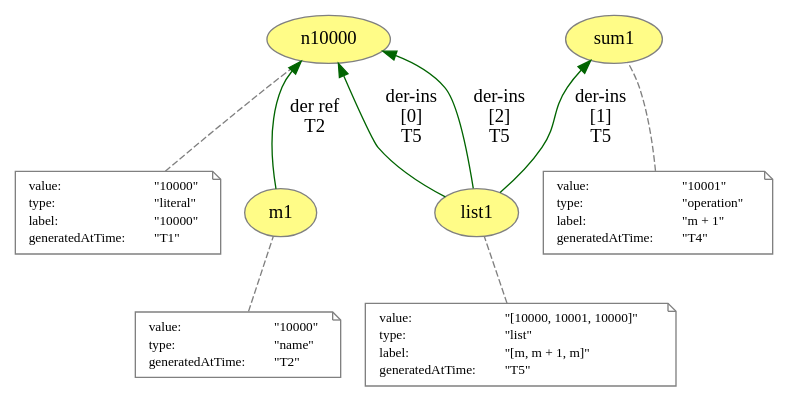
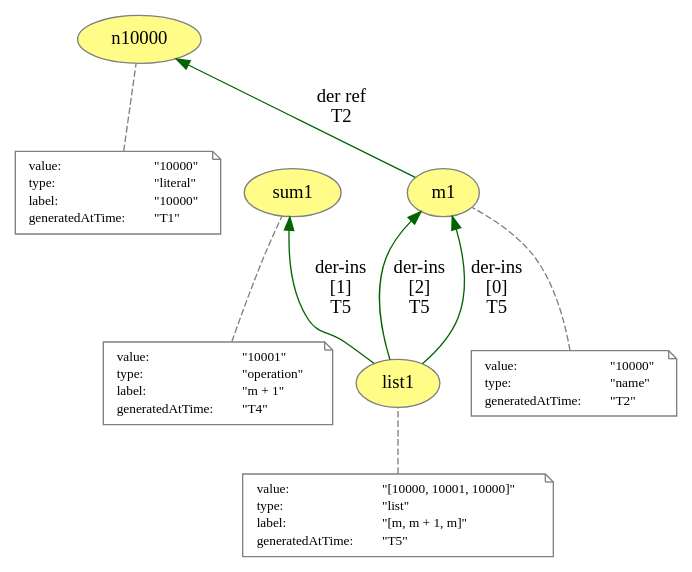
Before and after one commit to dew-uff/versioned-prov: the diagram in versioned_prov/list.dot, drawn with Graphviz. The commit also changed 47 other files, not shown here.

```diff
--- a/versioned_prov/list.dot
+++ b/versioned_prov/list.dot
@@ -1,89 +1,89 @@
 digraph "PROV" { size="16,12"; rankdir="BT";
 "http://example.org/n10000" [fillcolor="#FFFC87",color="#808080",style="filled",label="n10000",URL="http://example.org/n10000"]
 "-attrs0" [color="gray",shape="note",fontsize="10",fontcolor="black",label=<<TABLE cellpadding="0" border="0">
 	<TR>
 	    <TD align="left">value:</TD>
 	    <TD align="left">&quot;10000&quot;</TD>
 	</TR>
 	<TR>
 	    <TD align="left">type:</TD>
 	    <TD align="left">&quot;literal&quot;</TD>
 	</TR>
 	<TR>
 	    <TD align="left">label:</TD>
 	    <TD align="left">&quot;10000&quot;</TD>
 	</TR>
 	<TR>
 	    <TD align="left">generatedAtTime:</TD>
 	    <TD align="left">&quot;T1&quot;</TD>
 	</TR>
 </TABLE>>]
 "-attrs0" -> "http://example.org/n10000" [color="gray",style="dashed",arrowhead="none"]
 "http://example.org/m1" [fillcolor="#FFFC87",color="#808080",style="filled",label="m1",URL="http://example.org/m1"]
 "-attrs1" [color="gray",shape="note",fontsize="10",fontcolor="black",label=<<TABLE cellpadding="0" border="0">
 	<TR>
 	    <TD align="left">value:</TD>
 	    <TD align="left">&quot;10000&quot;</TD>
 	</TR>
 	<TR>
 	    <TD align="left">type:</TD>
 	    <TD align="left">&quot;name&quot;</TD>
 	</TR>
 	<TR>
 	    <TD align="left">generatedAtTime:</TD>
 	    <TD align="left">&quot;T2&quot;</TD>
 	</TR>
 </TABLE>>]
 "-attrs1" -> "http://example.org/m1" [color="gray",style="dashed",arrowhead="none"]
 "http://example.org/m1" -> "http://example.org/n10000" [labelfontsize="8",labeldistance="1.5",color="darkgreen",labelangle="60.0",rotation="20",label="der ref
 T2"]
 "http://example.org/sum1" [fillcolor="#FFFC87",color="#808080",style="filled",label="sum1",URL="http://example.org/sum1"]
 "-attrs2" [color="gray",shape="note",fontsize="10",fontcolor="black",label=<<TABLE cellpadding="0" border="0">
 	<TR>
 	    <TD align="left">value:</TD>
 	    <TD align="left">&quot;10001&quot;</TD>
 	</TR>
 	<TR>
 	    <TD align="left">type:</TD>
 	    <TD align="left">&quot;operation&quot;</TD>
 	</TR>
 	<TR>
 	    <TD align="left">label:</TD>
 	    <TD align="left">&quot;m + 1&quot;</TD>
 	</TR>
 	<TR>
 	    <TD align="left">generatedAtTime:</TD>
 	    <TD align="left">&quot;T4&quot;</TD>
 	</TR>
 </TABLE>>]
 "-attrs2" -> "http://example.org/sum1" [color="gray",style="dashed",arrowhead="none"]
 "http://example.org/list1" [fillcolor="#FFFC87",color="#808080",style="filled",label="list1",URL="http://example.org/list1"]
 "-attrs3" [color="gray",shape="note",fontsize="10",fontcolor="black",label=<<TABLE cellpadding="0" border="0">
 	<TR>
 	    <TD align="left">value:</TD>
 	    <TD align="left">&quot;[10000, 10001, 10000]&quot;</TD>
 	</TR>
 	<TR>
 	    <TD align="left">type:</TD>
 	    <TD align="left">&quot;list&quot;</TD>
 	</TR>
 	<TR>
 	    <TD align="left">label:</TD>
 	    <TD align="left">&quot;[m, m + 1, m]&quot;</TD>
 	</TR>
 	<TR>
 	    <TD align="left">generatedAtTime:</TD>
 	    <TD align="left">&quot;T5&quot;</TD>
 	</TR>
 </TABLE>>]
 "-attrs3" -> "http://example.org/list1" [color="gray",style="dashed",arrowhead="none"]
-"http://example.org/list1" -> "http://example.org/n10000" [labelfontsize="8",labeldistance="1.5",color="darkgreen",labelangle="60.0",rotation="20",label="der-ins
+"http://example.org/list1" -> "http://example.org/m1" [labelfontsize="8",labeldistance="1.5",color="darkgreen",labelangle="60.0",rotation="20",label="der-ins
 [0]
 T5"]
 "http://example.org/list1" -> "http://example.org/sum1" [labelfontsize="8",labeldistance="1.5",color="darkgreen",labelangle="60.0",rotation="20",label="der-ins
 [1]
 T5"]
-"http://example.org/list1" -> "http://example.org/n10000" [labelfontsize="8",labeldistance="1.5",color="darkgreen",labelangle="60.0",rotation="20",label="der-ins
+"http://example.org/list1" -> "http://example.org/m1" [labelfontsize="8",labeldistance="1.5",color="darkgreen",labelangle="60.0",rotation="20",label="der-ins
 [2]
 T5"]
 }
```
